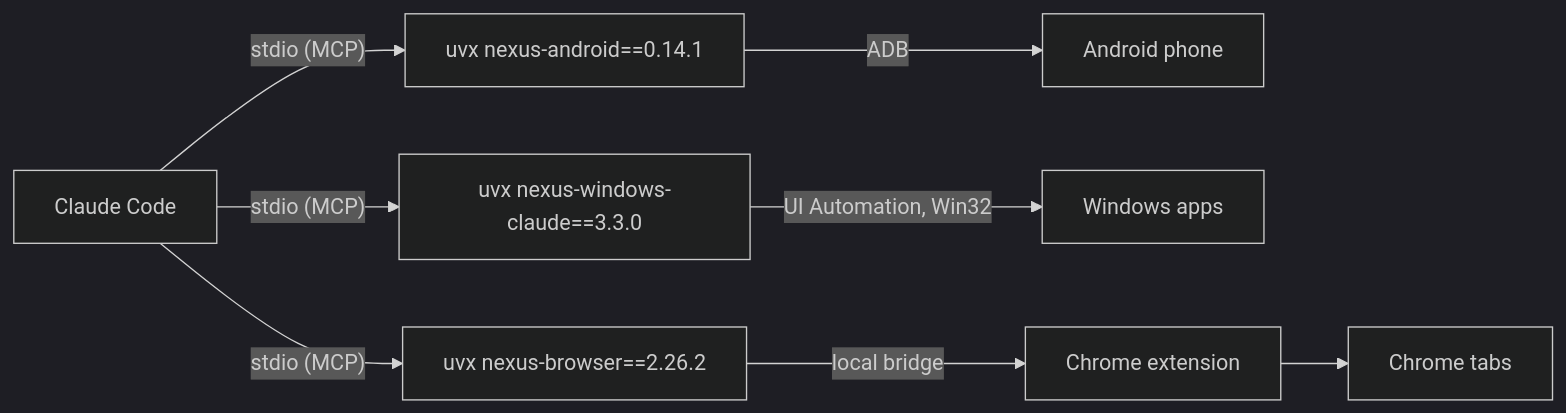
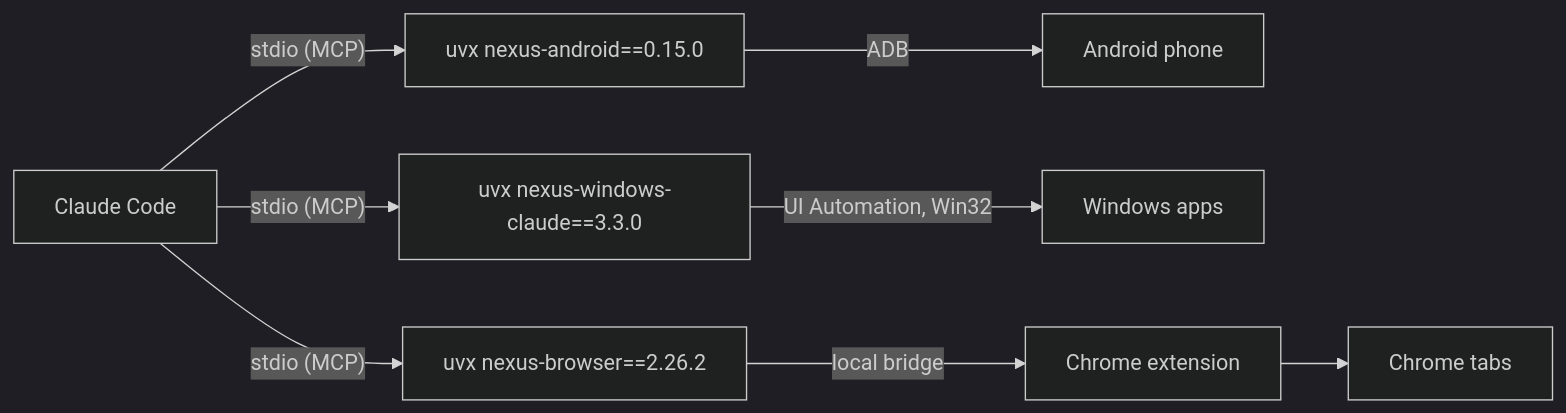
One commit to pironjulien/NexusSystem changed the diagram in README.md. Above: the diagram before and after it, drawn with Mermaid (dark theme). The commit also changed 9 other files, not shown here.

Commit message:
Update to 1.6.15: nexus-android 0.15.0 (mirror command)

````diff
--- a/README.md
+++ b/README.md
@@ -128,6 +128,6 @@
 ```mermaid
 flowchart LR
-    C["Claude Code"] -- "stdio (MCP)" --> A["uvx nexus-android==0.14.1"] -- ADB --> P["Android phone"]
+    C["Claude Code"] -- "stdio (MCP)" --> A["uvx nexus-android==0.15.0"] -- ADB --> P["Android phone"]
     C -- "stdio (MCP)" --> W["uvx nexus-windows-claude==3.3.0"] -- "UI Automation, Win32" --> D["Windows apps"]
     C -- "stdio (MCP)" --> B["uvx nexus-browser==2.26.2"] -- "local bridge" --> E["Chrome extension"] --> T["Chrome tabs"]
 ```
````
